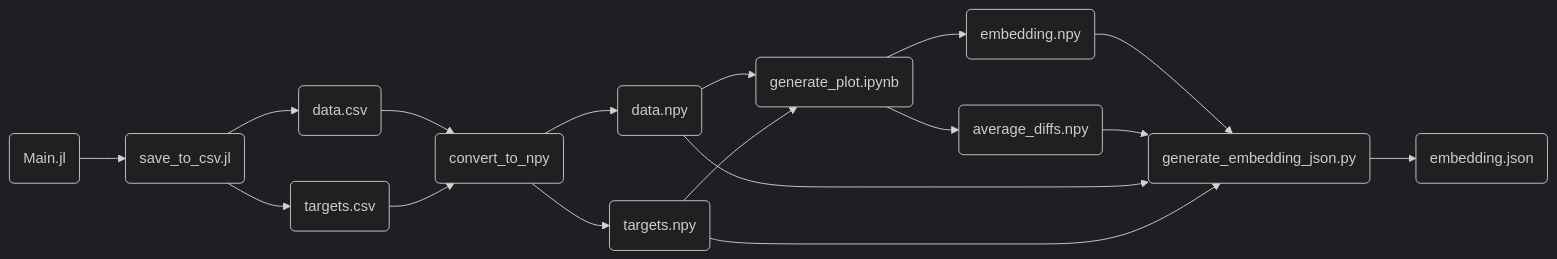
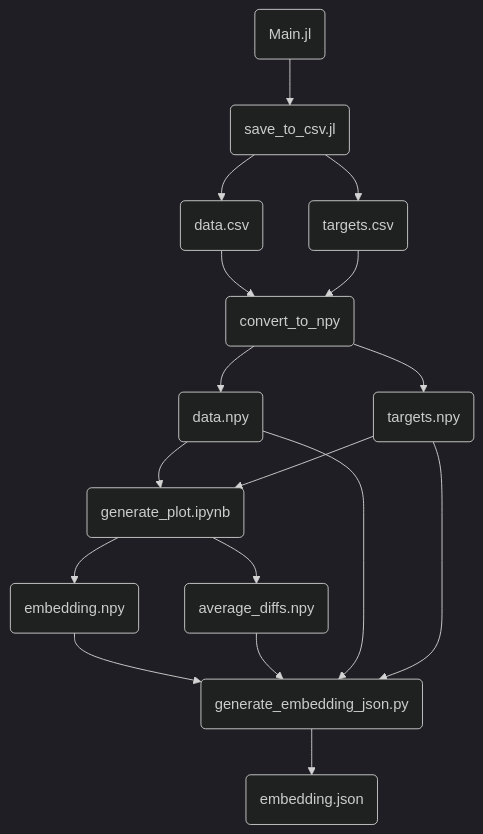
One commit to kylehovey/turing-basins-julia changed the diagram in readme.md. Above: the diagram before and after it, drawn with Mermaid (dark theme).

Commit message:
Chart looks better top-down

````diff
--- a/readme.md
+++ b/readme.md
@@ -6,44 +6,44 @@
 ```mermaid
-flowchart LR
+flowchart TD
   Main(Main.jl)
 
   SaveToCSV(save_to_csv.jl)
   ConvertToNp(convert_to_npy)
   GenerateEmbedding(generate_plot.ipynb)
   GenerateJson(generate_embedding_json.py)
 
   DataFileJl(data.csv)
   RulesFileJl(targets.csv)
   
   DataFileNp(data.npy)
   RulesFileNp(targets.npy)
   
   EmbeddingFile(embedding.npy)
   AverageDiffs(average_diffs.npy)
   
   JsonEmbedding(embedding.json)
 
   Main --> SaveToCSV
 
   SaveToCSV --> DataFileJl
   SaveToCSV --> RulesFileJl
 
   DataFileJl --> ConvertToNp
   RulesFileJl --> ConvertToNp
 
   ConvertToNp --> DataFileNp
   ConvertToNp --> RulesFileNp
 
   DataFileNp --> GenerateEmbedding
   RulesFileNp --> GenerateEmbedding
 
   GenerateEmbedding --> EmbeddingFile
   GenerateEmbedding --> AverageDiffs
 
   EmbeddingFile --> GenerateJson
   AverageDiffs --> GenerateJson
   DataFileNp --> GenerateJson
   RulesFileNp --> GenerateJson
 
   GenerateJson --> JsonEmbedding
 ```
````
